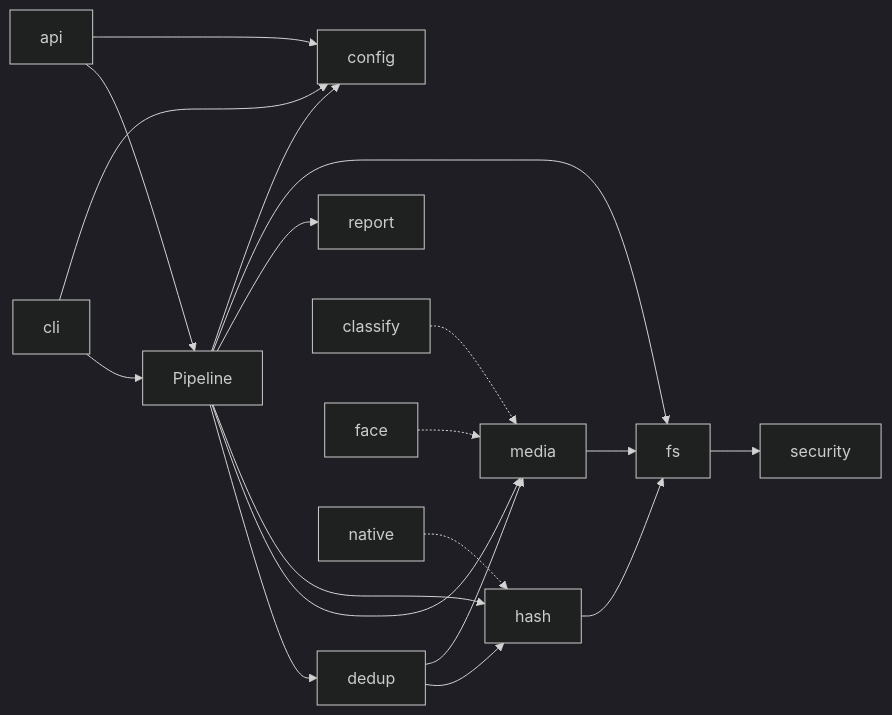
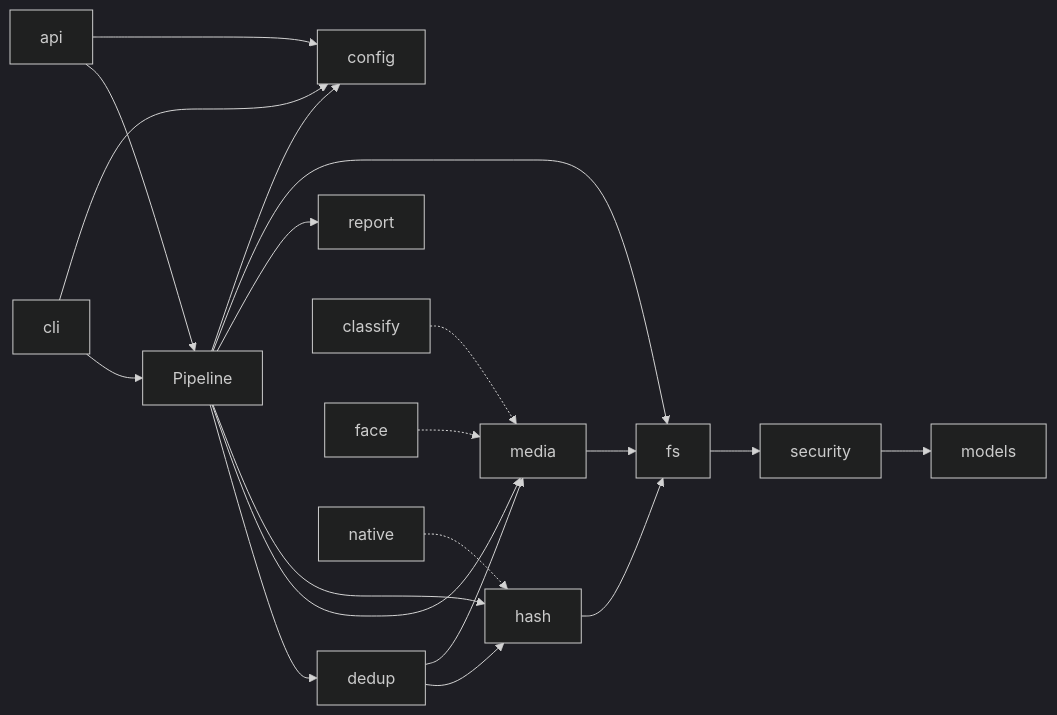
One commit to lgtm-hq/winnow changed the second of 2 diagrams in docs/ARCHITECTURE.md. Above: the diagram before and after it, drawn with Mermaid (dark theme). The commit also changed other lines of this file and 6 other files, not shown here.

````diff
--- a/docs/ARCHITECTURE.md
+++ b/docs/ARCHITECTURE.md
@@ -234,21 +235,22 @@
 ```mermaid
 flowchart LR
   CLI[cli] --> Pipeline
   API[api] --> Pipeline
   Pipeline --> Dedup[dedup]
   Pipeline --> Media[media]
   Pipeline --> Hash[hash]
   Pipeline --> Report[report]
   Dedup --> Hash
   Dedup --> Media
   Media --> FS[fs]
   Hash --> FS
   Pipeline --> FS
   FS --> Security[security]
+  Security --> Models[models]
   Pipeline --> Config[config]
   CLI --> Config
   API --> Config
   Classify[classify] -.-> Media
   Face[face] -.-> Media
   Native[native] -.-> Hash
 ```
````
